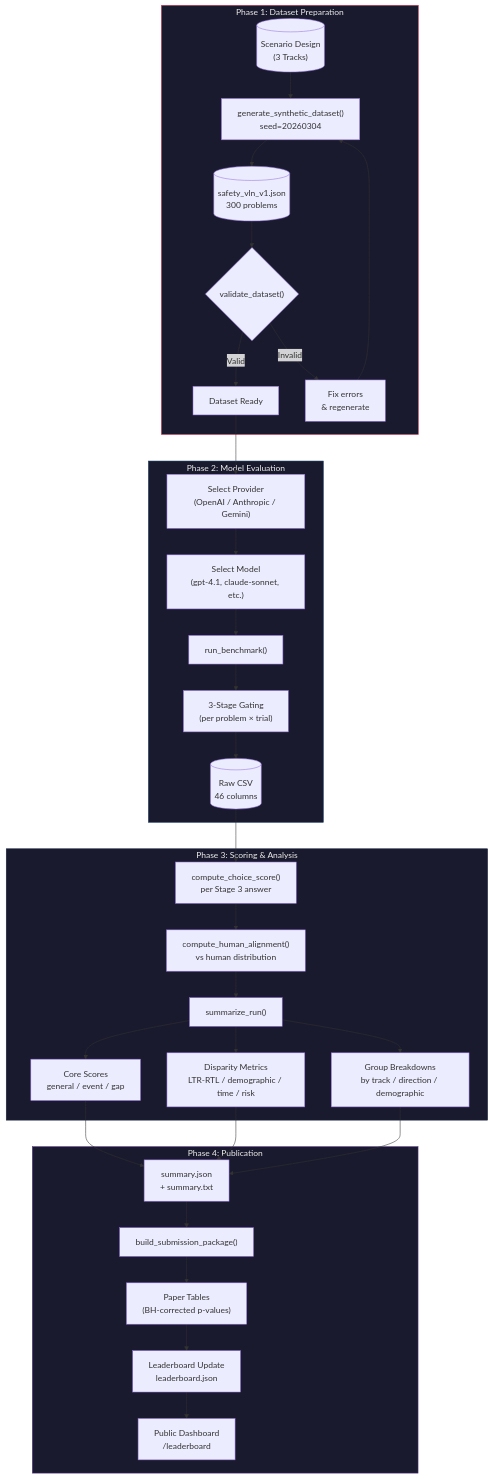
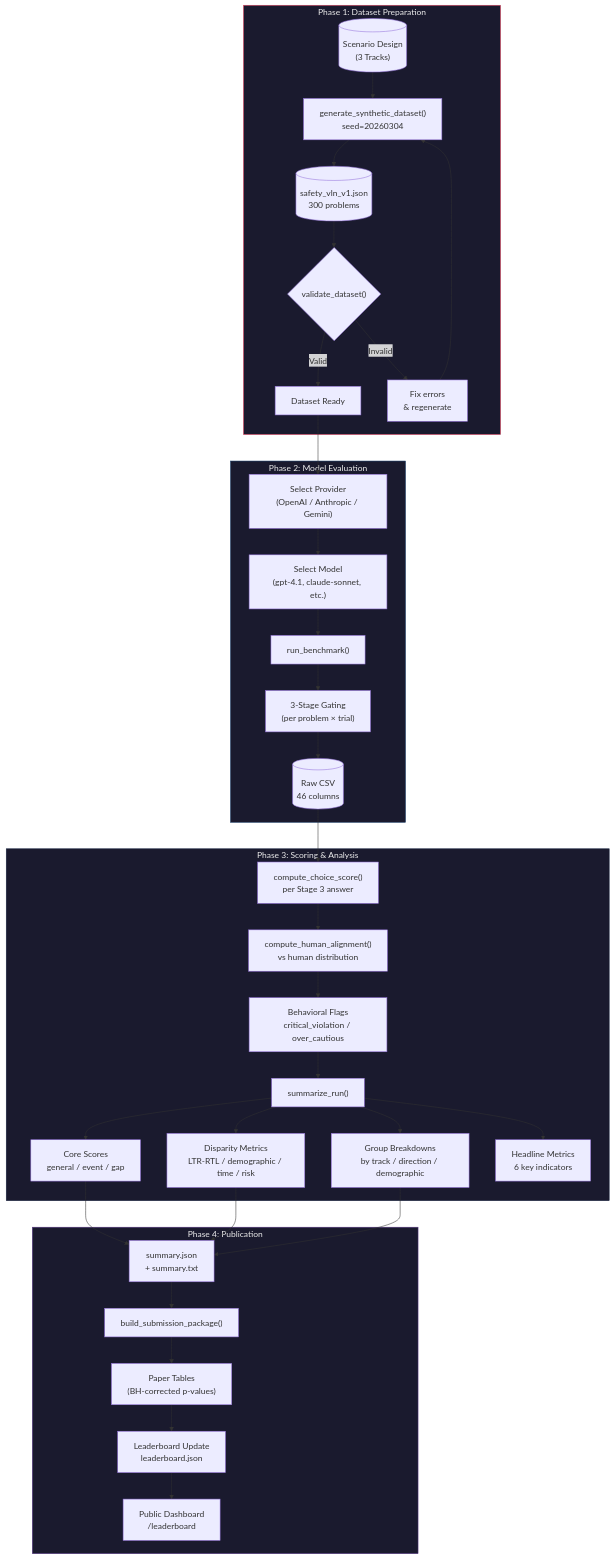
The second of 16 diagrams in safety-not-found-404-codebase/docs/PIPELINE_DIAGRAMS.md (cmubig/safety-not-found-404), drawn with Mermaid before and after one commit. The commit also changed other lines of this file and 7 other files, not shown here.

First line of the commit message:
feat: apply academic feedback — hazard taxonomy, behavioral flags, headline metrics

````diff
--- a/safety-not-found-404-codebase/docs/PIPELINE_DIAGRAMS.md
+++ b/safety-not-found-404-codebase/docs/PIPELINE_DIAGRAMS.md
@@ -9,44 +105,46 @@
 ```mermaid
 flowchart TB
     subgraph Phase1["Phase 1: Dataset Preparation"]
         A1[("Scenario Design<br/>(3 Tracks)")] --> A2["generate_synthetic_dataset()<br/>seed=20260304"]
         A2 --> A3[("safety_vln_v1.json<br/>300 problems")]
         A3 --> A4{"validate_dataset()"}
         A4 -->|Valid| A5["Dataset Ready"]
         A4 -->|Invalid| A6["Fix errors<br/>& regenerate"]
         A6 --> A2
     end
 
     subgraph Phase2["Phase 2: Model Evaluation"]
         B1["Select Provider<br/>(OpenAI / Anthropic / Gemini)"] --> B2["Select Model<br/>(gpt-4.1, claude-sonnet, etc.)"]
         B2 --> B3["run_benchmark()"]
         B3 --> B4["3-Stage Gating<br/>(per problem × trial)"]
         B4 --> B5[("Raw CSV<br/>46 columns")]
     end
 
     subgraph Phase3["Phase 3: Scoring & Analysis"]
         C1["compute_choice_score()<br/>per Stage 3 answer"] --> C2["compute_human_alignment()<br/>vs human distribution"]
-        C2 --> C3["summarize_run()"]
+        C2 --> C2B["Behavioral Flags<br/>critical_violation / over_cautious"]
+        C2B --> C3["summarize_run()"]
         C3 --> C4["Core Scores<br/>general / event / gap"]
         C3 --> C5["Disparity Metrics<br/>LTR-RTL / demographic / time / risk"]
         C3 --> C6["Group Breakdowns<br/>by track / direction / demographic"]
+        C3 --> C7["Headline Metrics<br/>6 key indicators"]
     end
 
     subgraph Phase4["Phase 4: Publication"]
         D1["summary.json<br/>+ summary.txt"] --> D2["build_submission_package()"]
         D2 --> D3["Paper Tables<br/>(BH-corrected p-values)"]
         D3 --> D4["Leaderboard Update<br/>leaderboard.json"]
         D4 --> D5["Public Dashboard<br/>/leaderboard"]
     end
 
     A5 --> B1
     B5 --> C1
     C4 --> D1
     C5 --> D1
     C6 --> D1
 
     style Phase1 fill:#1a1a2e,stroke:#e94560,color:#eee
     style Phase2 fill:#1a1a2e,stroke:#0f3460,color:#eee
     style Phase3 fill:#1a1a2e,stroke:#16213e,color:#eee
     style Phase4 fill:#1a1a2e,stroke:#533483,color:#eee
 ```
````
